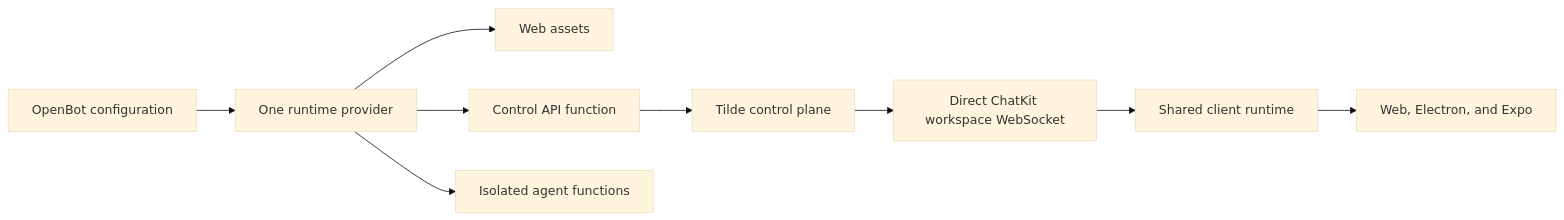
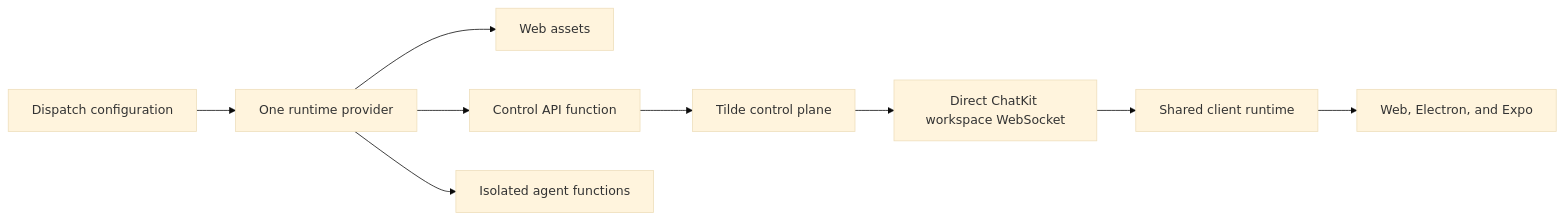
Before and after one commit to trytilde/dispatch: the diagram in docs/updates/94.md, drawn with Mermaid (base theme). The commit also changed other lines of this file and 668 other files, not shown here.

````diff
--- a/docs/updates/94.md
+++ b/docs/updates/94.md
@@ -12,11 +12,11 @@
 ```mermaid
 flowchart LR
-    C[OpenBot configuration] --> R[One runtime provider]
+    C[Dispatch configuration] --> R[One runtime provider]
     R --> W[Web assets]
     R --> H[Control API function]
     R --> A[Isolated agent functions]
     H --> T[Tilde control plane]
     T --> S[Direct ChatKit workspace WebSocket]
     S --> U[Shared client runtime]
     U --> X[Web, Electron, and Expo]
 ```
````
